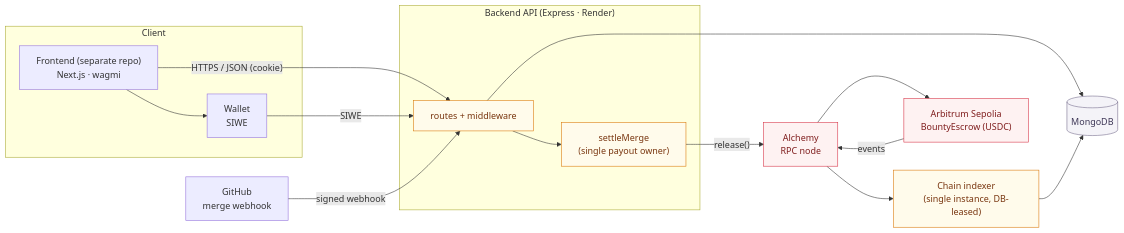
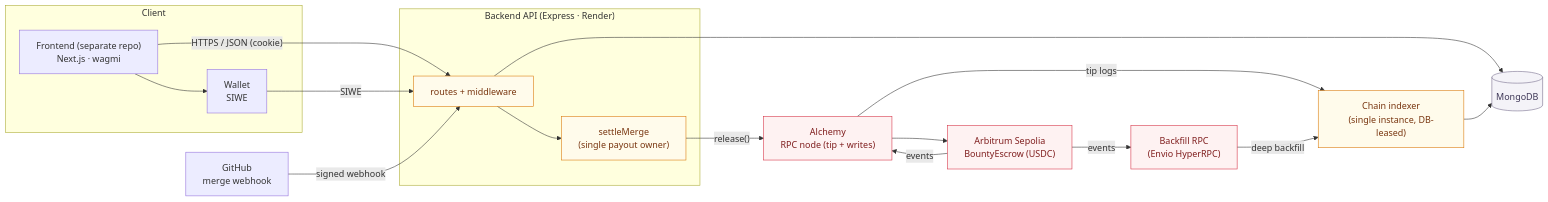
One commit to ozpool/Devbounty-backend- changed the first of 2 diagrams in README.md. Above: the diagram before and after it, drawn with Mermaid. The commit also changed other lines of this file, not shown here.

First line of the commit message:
docs(readme): document the indexer backfill RPC and bump test count

````diff
--- a/README.md
+++ b/README.md
@@ -111,35 +113,38 @@
 ```mermaid
 flowchart LR
     subgraph Client
         FE["Frontend (separate repo)<br/>Next.js · wagmi"]
         W["Wallet<br/>SIWE"]
     end
     subgraph API["Backend API (Express · Render)"]
         R["routes + middleware"]
         S["settleMerge<br/>(single payout owner)"]
     end
     DB[("MongoDB")]
     IX["Chain indexer<br/>(single instance, DB-leased)"]
-    AL["Alchemy<br/>RPC node"]
+    AL["Alchemy<br/>RPC node (tip + writes)"]
+    HS["Backfill RPC<br/>(Envio HyperRPC)"]
     ESC["Arbitrum Sepolia<br/>BountyEscrow (USDC)"]
     GH["GitHub<br/>merge webhook"]
 
     FE --> W
     FE -- "HTTPS / JSON (cookie)" --> R
     W -- "SIWE" --> R
     GH -- "signed webhook" --> R
     R --> DB
     R --> S
     S -- "release()" --> AL
     AL --> ESC
     ESC -- "events" --> AL
-    AL --> IX
+    ESC -- "events" --> HS
+    AL -- "tip logs" --> IX
+    HS -- "deep backfill" --> IX
     IX --> DB
 
     classDef chain fill:#fef2f2,stroke:#d63044,color:#7f1d1d
     classDef svc fill:#fffbeb,stroke:#d97706,color:#78350f
     classDef store fill:#f4f3f8,stroke:#736b8a,color:#3d3656
-    class ESC,AL chain
+    class ESC,AL,HS chain
     class R,S,IX svc
     class DB store
 ```
````
